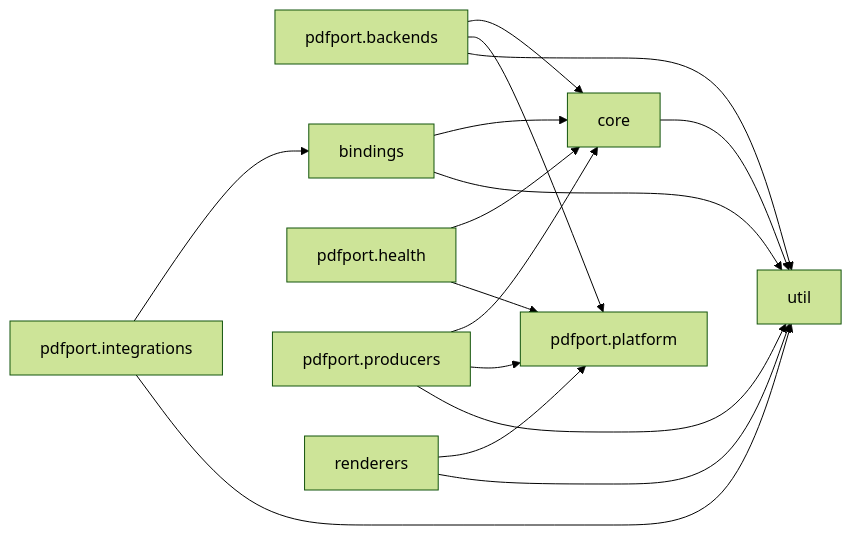
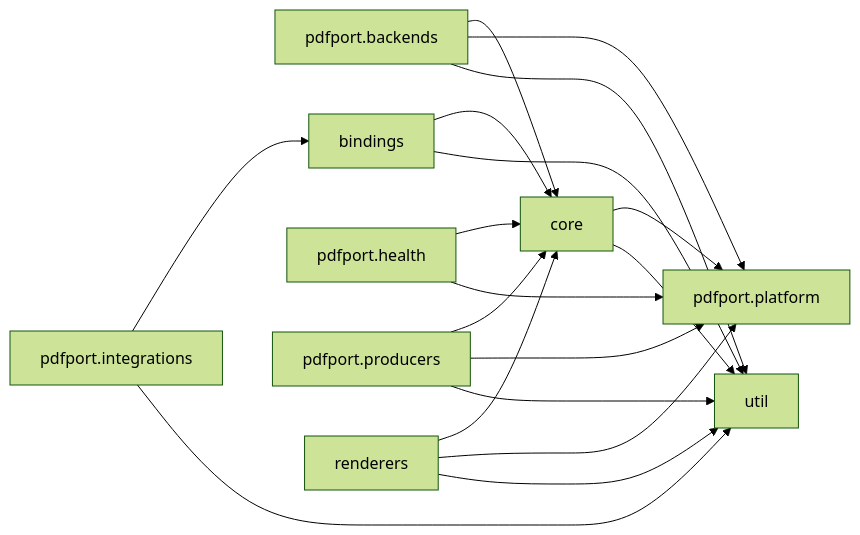
One commit to StefanBartl/pdfport.nvim changed the second of 2 diagrams in docs/map/overview.md. Above: the diagram before and after it, drawn with Mermaid (forest theme). The commit also changed other lines of this file and 2 other files, not shown here.

````diff
--- a/docs/map/overview.md
+++ b/docs/map/overview.md
@@ -46,27 +46,29 @@
 ```mermaid
 flowchart LR
   nlua_pdfport_backends["pdfport.backends"]
   nlua_pdfport_bindings["bindings"]
   nlua_pdfport_core["core"]
   nlua_pdfport_health_lua["pdfport.health"]
   nlua_pdfport_integrations["pdfport.integrations"]
   nlua_pdfport_platform["pdfport.platform"]
   nlua_pdfport_producers["pdfport.producers"]
   nlua_pdfport_renderers["renderers"]
   nlua_pdfport_util["util"]
   nlua_pdfport_backends --> nlua_pdfport_core
   nlua_pdfport_backends --> nlua_pdfport_platform
   nlua_pdfport_backends --> nlua_pdfport_util
   nlua_pdfport_bindings --> nlua_pdfport_core
   nlua_pdfport_bindings --> nlua_pdfport_util
+  nlua_pdfport_core --> nlua_pdfport_platform
   nlua_pdfport_core --> nlua_pdfport_util
   nlua_pdfport_health_lua --> nlua_pdfport_core
   nlua_pdfport_health_lua --> nlua_pdfport_platform
   nlua_pdfport_integrations --> nlua_pdfport_bindings
   nlua_pdfport_integrations --> nlua_pdfport_util
   nlua_pdfport_producers --> nlua_pdfport_core
   nlua_pdfport_producers --> nlua_pdfport_platform
   nlua_pdfport_producers --> nlua_pdfport_util
+  nlua_pdfport_renderers --> nlua_pdfport_core
   nlua_pdfport_renderers --> nlua_pdfport_platform
   nlua_pdfport_renderers --> nlua_pdfport_util
 ```
````
